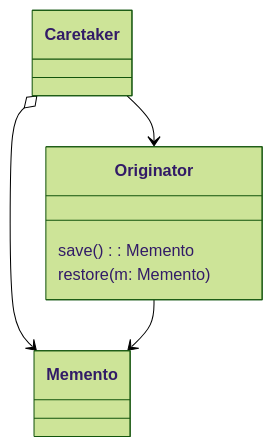
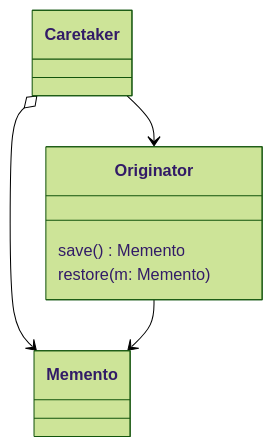
Before and after one commit to blue32a-sandbox/design-patterns-typescript: the first of 2 diagrams in src/Memento/README.md, drawn with Mermaid (forest theme). The commit also changed other lines of this file, not shown here.

Commit message:
fixed class diagram

````diff
--- a/src/Memento/README.md
+++ b/src/Memento/README.md
@@ -7,14 +7,14 @@
 ```mermaid
 classDiagram
   class Originator {
-    save(): Memento
+    save() Memento
     restore(m: Memento)
   }
   class Memento {
   }
   class Caretaker {
   }
   Caretaker o--> Memento
   Originator --> Memento
   Caretaker --> Originator
 ```
````
